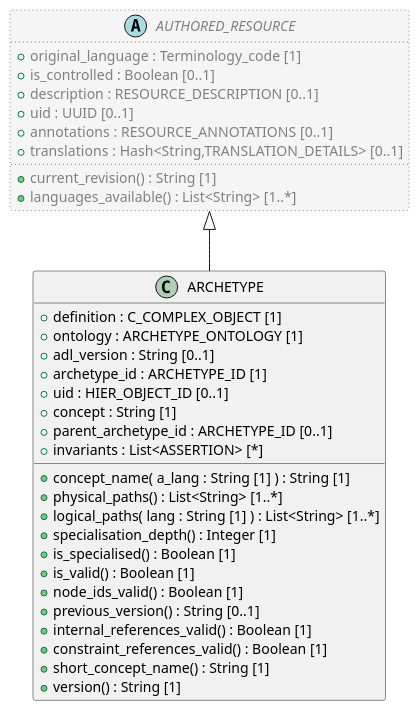
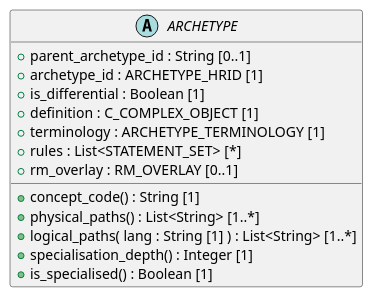
Before and after one commit to sebastian-iancu/code-generator: the diagram in code/Adoc/openehr_am_2.4.0/plantUML/classes/org.openehr.am.aom2.archetype.adoc, drawn with PlantUML. The commit also changed 1228 other files, not shown here.

```diff
--- a/code/Adoc/openehr_am_2.4.0/plantUML/classes/org.openehr.am.aom2.archetype.adoc
+++ b/code/Adoc/openehr_am_2.4.0/plantUML/classes/org.openehr.am.aom2.archetype.adoc
@@ -1,43 +1,22 @@
 [plantuml,ARCHETYPE,format=svg,svg-type="inline"]
 -----
 @startuml
 
-class ARCHETYPE {
+abstract class ARCHETYPE {
+  + parent_archetype_id : String [0..1]
+  + archetype_id : ARCHETYPE_HRID [1]
+  + is_differential : Boolean [1]
   + definition : C_COMPLEX_OBJECT [1]
-  + ontology : ARCHETYPE_ONTOLOGY [1]
-  + adl_version : String [0..1]
-  + archetype_id : ARCHETYPE_ID [1]
-  + uid : HIER_OBJECT_ID [0..1]
-  + concept : String [1]
-  + parent_archetype_id : ARCHETYPE_ID [0..1]
-  + invariants : List<ASSERTION> [*]
-  + concept_name( a_lang : String [1] ) : String [1]
+  + terminology : ARCHETYPE_TERMINOLOGY [1]
+  + rules : List<STATEMENT_SET> [*]
+  + rm_overlay : RM_OVERLAY [0..1]
+  + concept_code() : String [1]
   + physical_paths() : List<String> [1..*]
   + logical_paths( lang : String [1] ) : List<String> [1..*]
   + specialisation_depth() : Integer [1]
   + is_specialised() : Boolean [1]
-  + is_valid() : Boolean [1]
-  + node_ids_valid() : Boolean [1]
-  + previous_version() : String [0..1]
-  + internal_references_valid() : Boolean [1]
-  + constraint_references_valid() : Boolean [1]
-  + short_concept_name() : String [1]
-  + version() : String [1]
 }
-
-abstract class AUTHORED_RESOURCE  #whitesmoke;line:gray;line.dotted;text:gray {
-  + original_language : Terminology_code [1]
-  + is_controlled : Boolean [0..1]
-  + description : RESOURCE_DESCRIPTION [0..1]
-  + uid : UUID [0..1]
-  + annotations : RESOURCE_ANNOTATIONS [0..1]
-  + translations : Hash<String,TRANSLATION_DETAILS> [0..1]
-  + current_revision() : String [1]
-  + languages_available() : List<String> [1..*]
-}
-
-AUTHORED_RESOURCE <|-- ARCHETYPE
 
 
 @enduml
 -----
```
